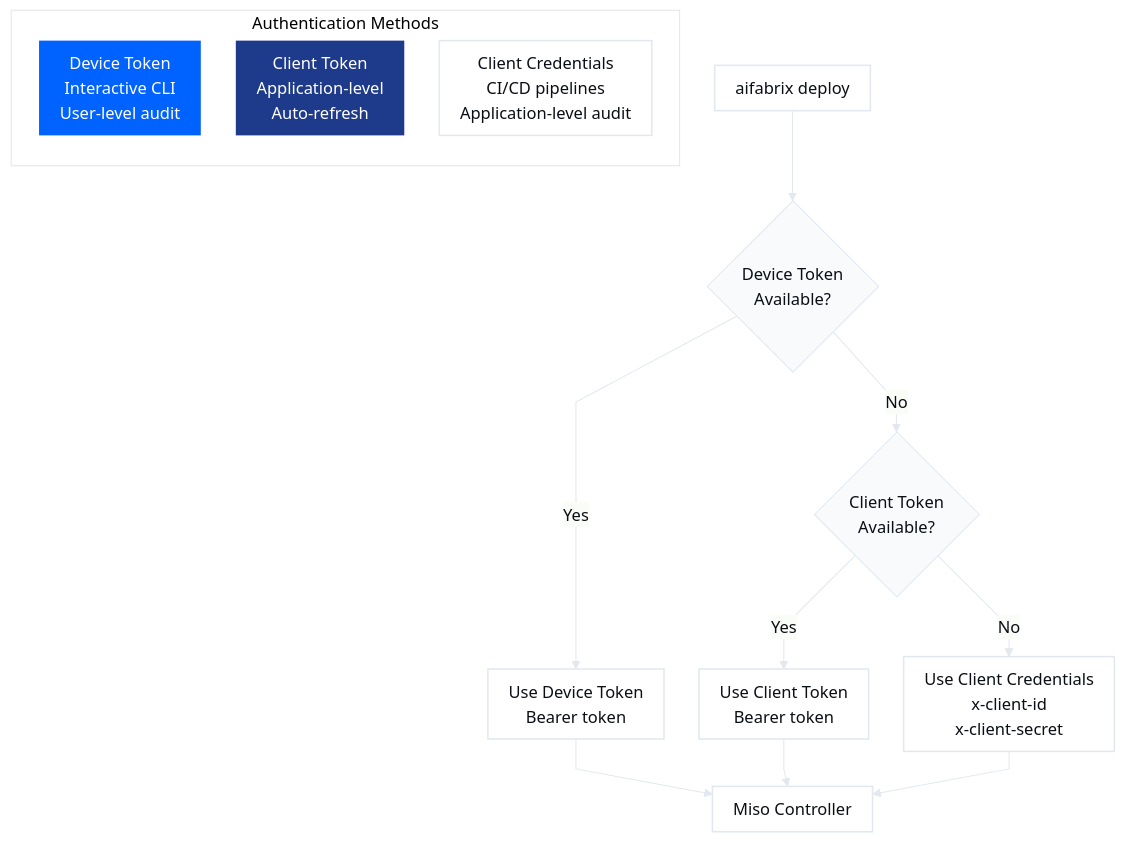
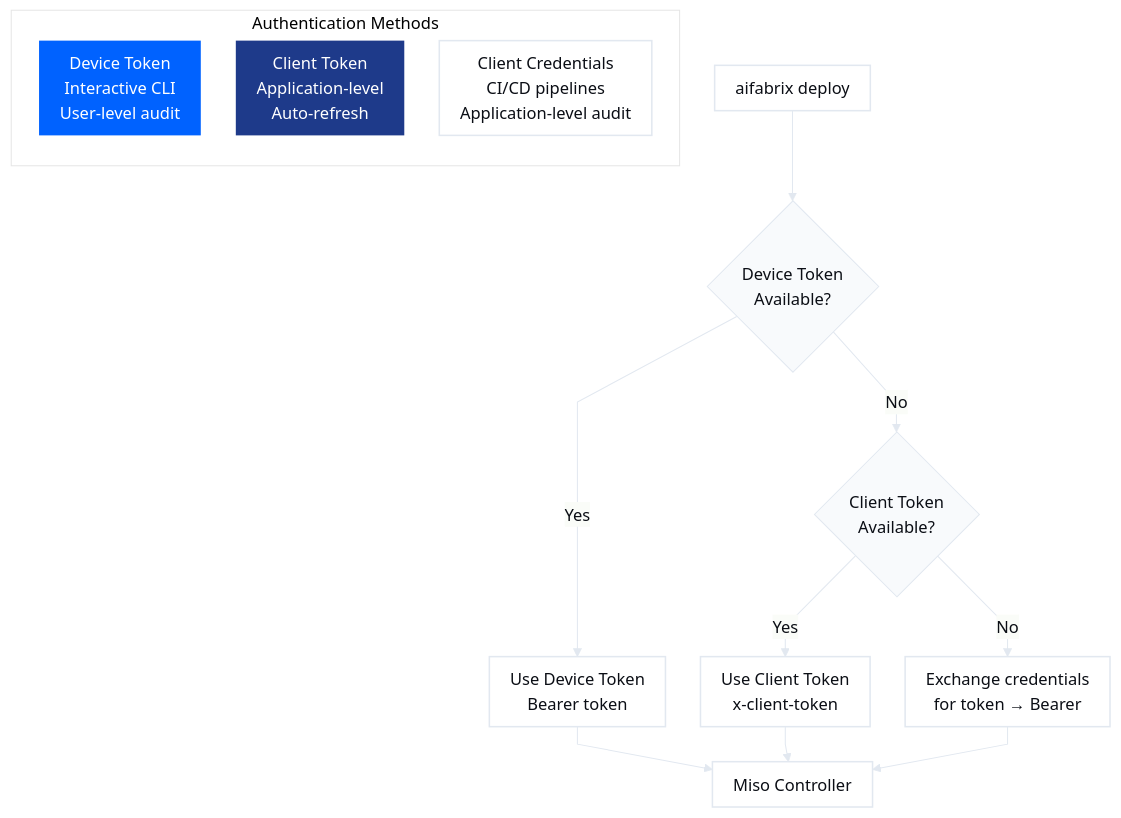
The seventh of 7 diagrams in docs/deploying.md (esystemsdev/aifabrix-builder), drawn with Mermaid before and after one commit. The commit also changed other lines of this file and 24 other files, not shown here.

First line of the commit message:
Implement token-only authentication for Controller and Dataplane APIs

````diff
--- a/docs/deploying.md
+++ b/docs/deploying.md
@@ -1072,56 +1072,56 @@
 ```mermaid
 %%{init: {
   "theme": "base",
   "themeVariables": {
     "fontFamily": "Poppins, Arial Rounded MT Bold, Arial, sans-serif",
     "fontSize": "16px",
     "background": "#FFFFFF",
     "primaryColor": "#F8FAFC",
     "primaryTextColor": "#0B0E15",
     "primaryBorderColor": "#E2E8F0",
     "lineColor": "#E2E8F0",
     "textColor": "#0B0E15",
     "subGraphTitleColor": "#64748B",
     "subGraphTitleFontWeight": "500",
     "borderRadius": 16
   },
   "flowchart": {
     "curve": "linear",
     "nodeSpacing": 34,
     "rankSpacing": 34,
     "padding": 10
   }
 }}%%
 
 flowchart TD
 
 %% =======================
 %% Styles
 %% =======================
 classDef base fill:#FFFFFF,color:#0B0E15,stroke:#E2E8F0,stroke-width:1.5px;
 classDef medium fill:#1E3A8A,color:#ffffff,stroke-width:0px;
 classDef primary fill:#0062FF,color:#ffffff,stroke-width:0px;
 
 %% =======================
 %% Authentication Methods
 %% =======================
 subgraph AuthMethods["Authentication Methods"]
     direction TB
     DeviceToken[Device Token<br/>Interactive CLI<br/>User-level audit]:::primary
     ClientToken[Client Token<br/>Application-level<br/>Auto-refresh]:::medium
     ClientCreds[Client Credentials<br/>CI/CD pipelines<br/>Application-level audit]:::base
 end
 
 %% =======================
 %% Flow
 %% =======================
 Deploy[aifabrix deploy]:::base --> CheckDevice{Device Token<br/>Available?}
 CheckDevice -->|Yes| UseDevice[Use Device Token<br/>Bearer token]:::base
 CheckDevice -->|No| CheckClient{Client Token<br/>Available?}
-CheckClient -->|Yes| UseClient[Use Client Token<br/>Bearer token]:::base
-CheckClient -->|No| UseCreds[Use Client Credentials<br/>x-client-id<br/>x-client-secret]:::base
+CheckClient -->|Yes| UseClient[Use Client Token<br/>x-client-token]:::base
+CheckClient -->|No| ExchangeCreds[Exchange credentials<br/>for token → Bearer]:::base
 
 UseDevice --> Controller[Miso Controller]:::base
 UseClient --> Controller
-UseCreds --> Controller
+ExchangeCreds --> Controller
 ```
````
